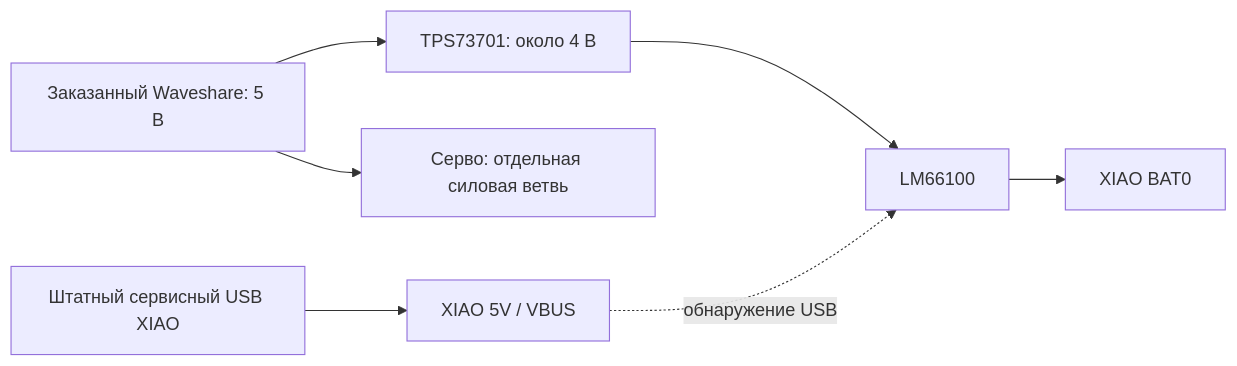
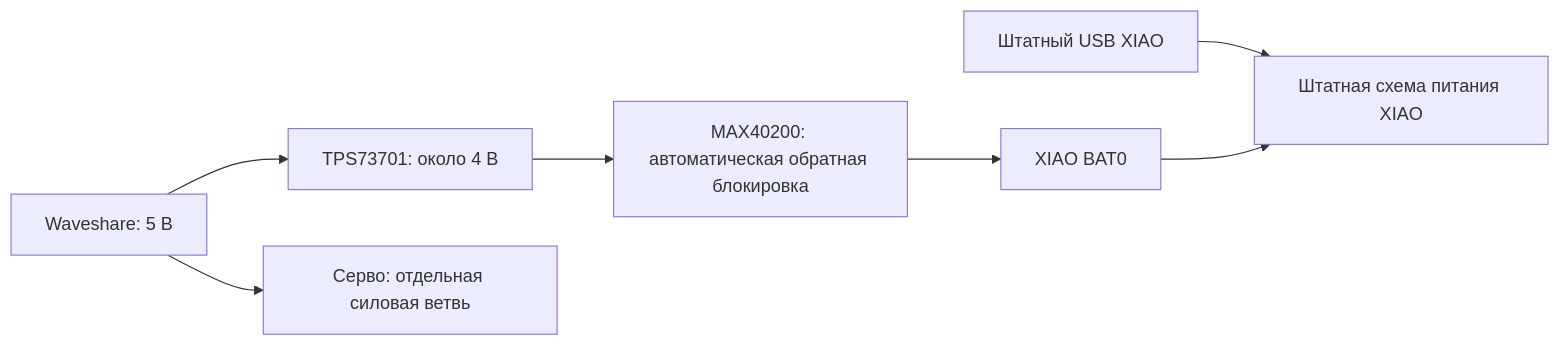
Before and after one commit to BlowYourBrain/RaceRemote: the diagram in hardware/xiao-logic-power/README.md, drawn with Mermaid. The commit also changed other lines of this file and 22 other files, not shown here.

Commit message:
Remove XIAO USB sense dependency with MAX40200 reverse blocking

````diff
--- a/hardware/xiao-logic-power/README.md
+++ b/hardware/xiao-logic-power/README.md
@@ -7,9 +7,9 @@
 ```mermaid
 flowchart LR
-    W[Заказанный Waveshare: 5 В] --> L[TPS73701: около 4 В]
+    W[Waveshare: 5 В] --> L[TPS73701: около 4 В]
     W --> S[Серво: отдельная силовая ветвь]
-    L --> K[LM66100]
+    L --> K[MAX40200: автоматическая обратная блокировка]
     K --> B[XIAO BAT0]
-    USB[Штатный сервисный USB XIAO] --> V[XIAO 5V / VBUS]
-    V -. обнаружение USB .-> K
+    USB[Штатный USB XIAO] --> X[Штатная схема питания XIAO]
+    B --> X
 ```
````
